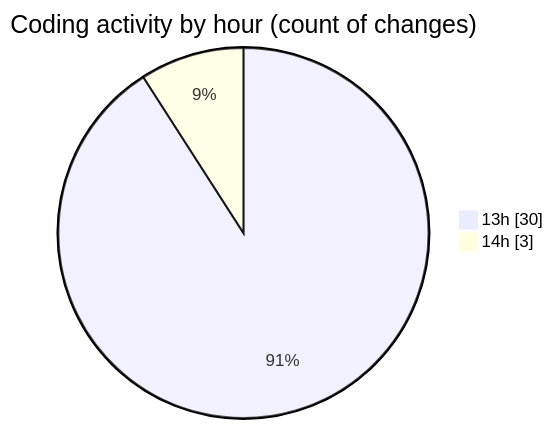
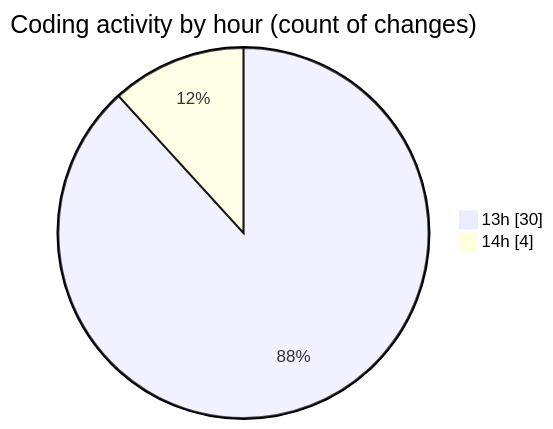
One commit to robertbonfada/code-tracking changed the second of 2 diagrams in 2025-01-14/mbc-web/README.md. Above: the diagram before and after it, drawn with Mermaid. The commit also changed other lines of this file and 1 other file, not shown here.

````diff
--- a/2025-01-14/mbc-web/README.md
+++ b/2025-01-14/mbc-web/README.md
@@ -46,6 +46,6 @@
 ```mermaid
 pie showData
 title Coding activity by hour (count of changes)
 "13h" : 30
-"14h" : 3
+"14h" : 4
 ```
````
